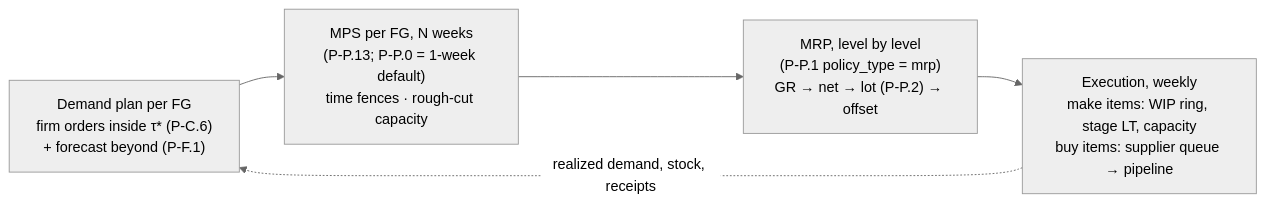
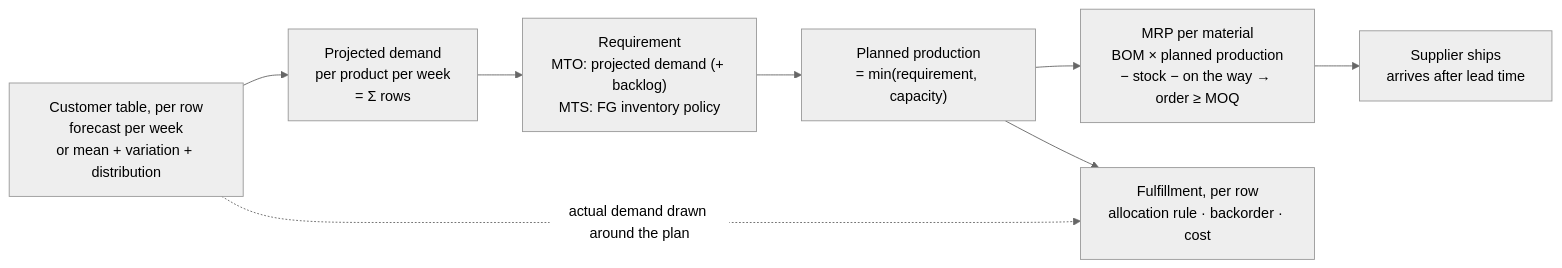
One commit to suresuite/suresuite-v001-3-f6699a5b changed the diagram in docs/design/mrp-multi-stage-planning.md. Above: the diagram before and after it, drawn with Mermaid (neutral theme). The commit also changed other lines of this file and 4 other files, not shown here.

First line of the commit message:
Phase B / G20 / §13 B2: planning plan v0.2 — demand-driven flow agreed with the owner

````diff
--- a/docs/design/mrp-multi-stage-planning.md
+++ b/docs/design/mrp-multi-stage-planning.md
@@ -121,9 +48,13 @@
 ```mermaid
 flowchart LR
-    DP["Demand plan per FG<br/>firm orders inside τ* (P-C.6)<br/>+ forecast beyond (P-F.1)"]
-    MPS["MPS per FG, N weeks<br/>(P-P.13; P-P.0 = 1-week default)<br/>time fences · rough-cut capacity"]
-    MRP["MRP, level by level<br/>(P-P.1 policy_type = mrp)<br/>GR → net → lot (P-P.2) → offset"]
-    EX["Execution, weekly<br/>make items: WIP ring, stage LT, capacity<br/>buy items: supplier queue → pipeline"]
-    DP --> MPS --> MRP --> EX
-    EX -. "realized demand, stock, receipts" .-> DP
+    CT["Customer table, per row<br/>forecast per week<br/>or mean + variation + distribution"]
+    PD["Projected demand<br/>per product per week<br/>= Σ rows"]
+    REQ["Requirement<br/>MTO: projected demand (+ backlog)<br/>MTS: FG inventory policy"]
+    PP["Planned production<br/>= min(requirement, capacity)"]
+    MRP["MRP per material<br/>BOM × planned production<br/>− stock − on the way → order ≥ MOQ"]
+    SUP["Supplier ships<br/>arrives after lead time"]
+    FUL["Fulfillment, per row<br/>allocation rule · backorder · cost"]
+    CT --> PD --> REQ --> PP --> MRP --> SUP
+    PP --> FUL
+    CT -. "actual demand drawn around the plan" .-> FUL
 ```
````
